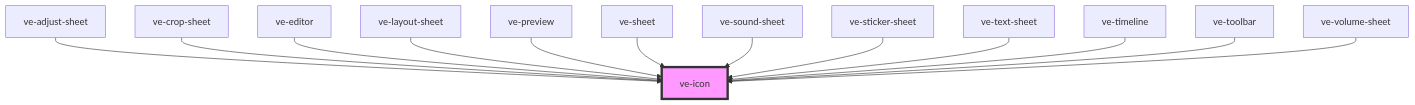
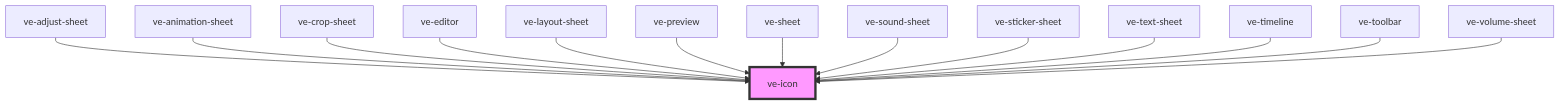
The diagram in src/components/ve-icon/readme.md (dotnetdreamer/capacitor-video-kit), drawn with Mermaid before and after one commit. The commit also changed other lines of this file and 81 other files, not shown here.

````diff
--- a/src/components/ve-icon/readme.md
+++ b/src/components/ve-icon/readme.md
@@ -48,16 +49,17 @@
 ```mermaid
 graph TD;
   ve-adjust-sheet --> ve-icon
+  ve-animation-sheet --> ve-icon
   ve-crop-sheet --> ve-icon
   ve-editor --> ve-icon
   ve-layout-sheet --> ve-icon
   ve-preview --> ve-icon
   ve-sheet --> ve-icon
   ve-sound-sheet --> ve-icon
   ve-sticker-sheet --> ve-icon
   ve-text-sheet --> ve-icon
   ve-timeline --> ve-icon
   ve-toolbar --> ve-icon
   ve-volume-sheet --> ve-icon
   style ve-icon fill:#f9f,stroke:#333,stroke-width:4px
 ```
````
